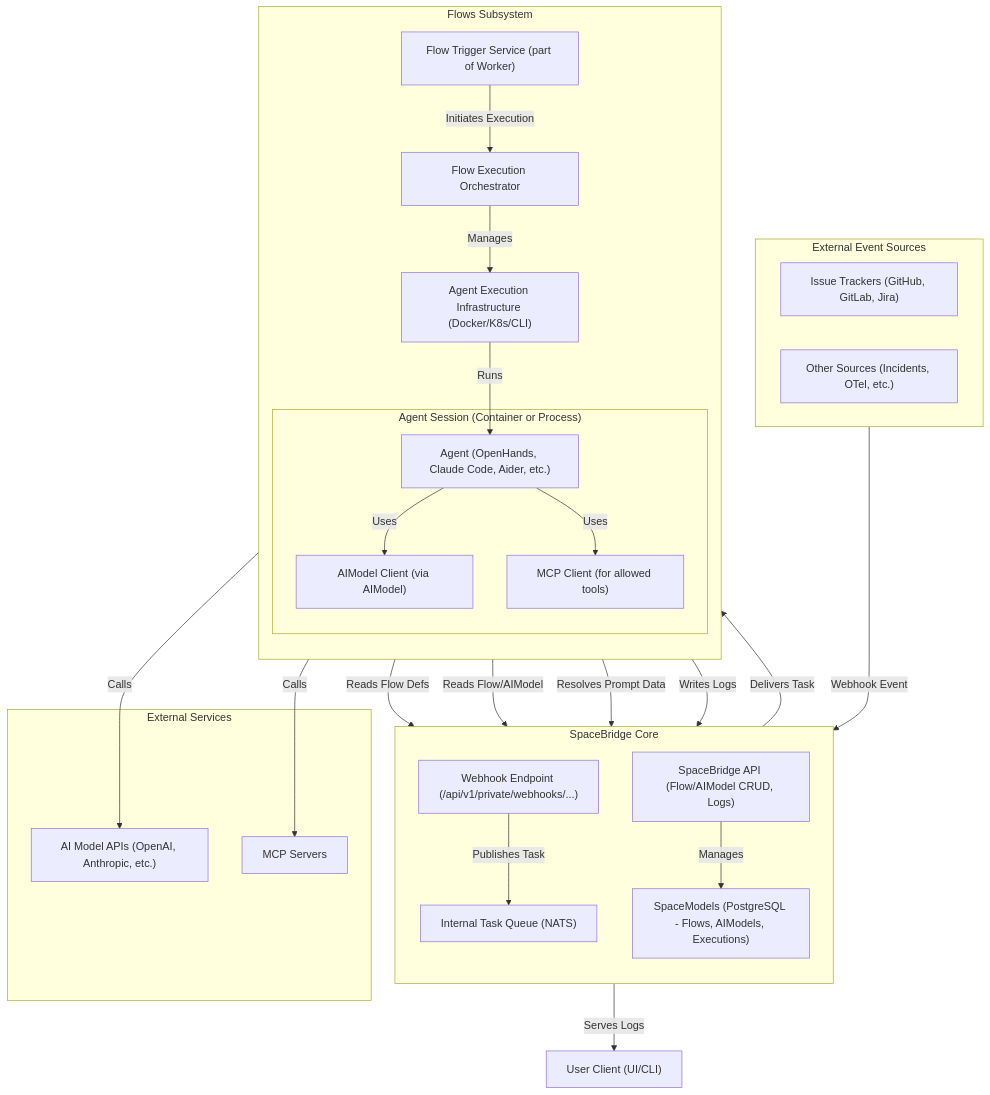
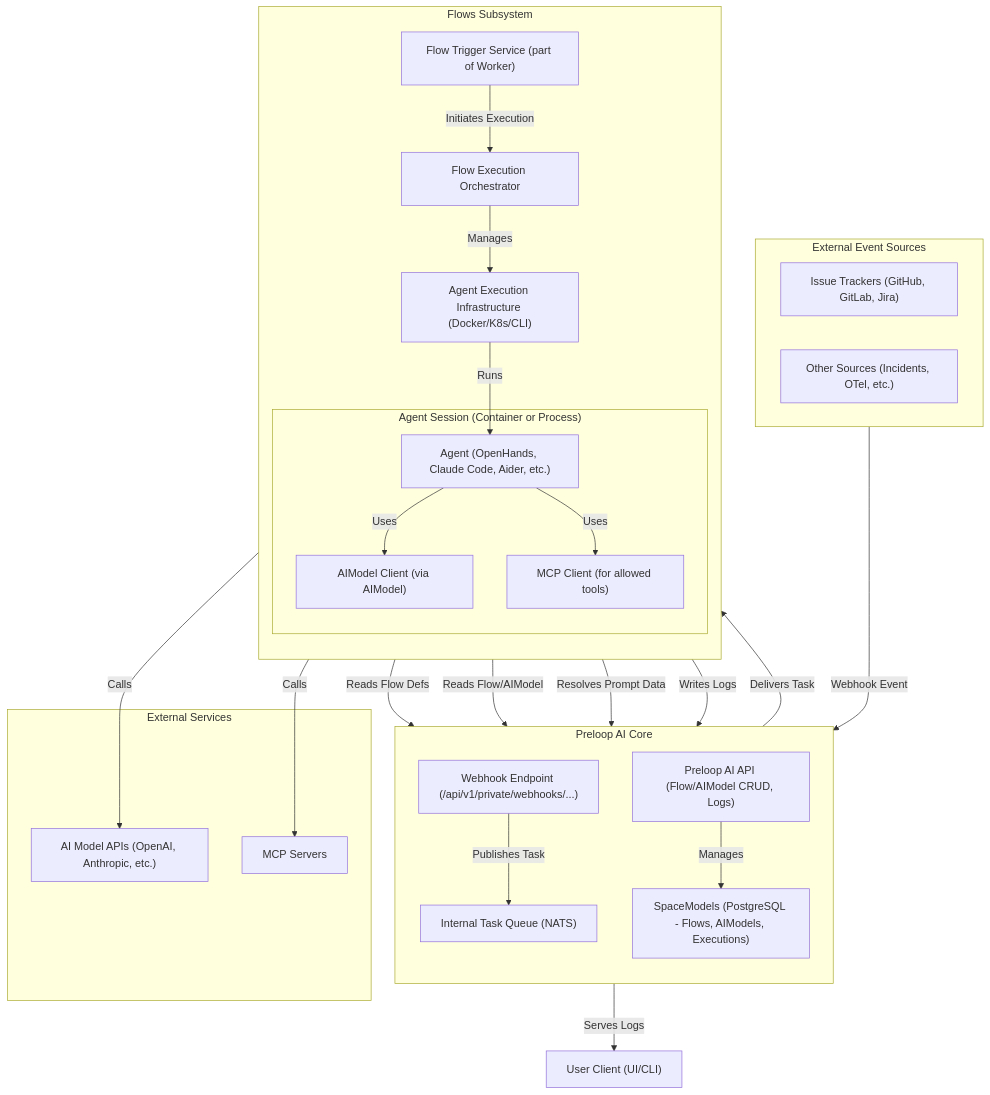
One commit to GiorgosAlexakis/preloop changed the fourth of 9 diagrams in ARCHITECTURE.md. Above: the diagram before and after it, drawn with Mermaid. The commit also changed other lines of this file and 819 other files, not shown here.

````diff
--- a/ARCHITECTURE.md
+++ b/ARCHITECTURE.md
@@ -692,51 +691,51 @@
 ```mermaid
 graph TD
     subgraph "External Event Sources"
         direction LR
         Trackers["Issue Trackers (GitHub, GitLab, Jira)"]
         OtherSources["Other Sources (Incidents, OTel, etc.)"]
     end
 
-    subgraph "SpaceBridge Core"
+    subgraph "Preloop AI Core"
         direction TB
         WebhookEndpoint["Webhook Endpoint (/api/v1/private/webhooks/...)"]
         TaskQueue["Internal Task Queue (NATS)"]
-        APIExt["SpaceBridge API (Flow/AIModel CRUD, Logs)"]
+        APIExt["Preloop AI API (Flow/AIModel CRUD, Logs)"]
         SpaceModelsDB["SpaceModels (PostgreSQL - Flows, AIModels, Executions)"]
     end
 
     subgraph "Flows Subsystem"
         direction TB
         FlowTriggerService["Flow Trigger Service (part of Worker)"]
         FlowExecOrchestrator["Flow Execution Orchestrator"]
         AgentInfra["Agent Execution Infrastructure (Docker/K8s/CLI)"]
         subgraph "Agent Session (Container or Process)"
             Agent["Agent (OpenHands, Claude Code, Aider, etc.)"]
             AIModelClient["AIModel Client (via AIModel)"]
             MCPClient["MCP Client (for allowed tools)"]
         end
     end
 
     subgraph "External Services"
         AIModelAPIs["AI Model APIs (OpenAI, Anthropic, etc.)"]
         MCPServers["MCP Servers"]
     end
 
     Trackers -- Webhook Event --> WebhookEndpoint
     WebhookEndpoint -- Publishes Task --> TaskQueue
     TaskQueue -- Delivers Task --> FlowTriggerService
     FlowTriggerService -- Reads Flow Defs --> SpaceModelsDB
     FlowTriggerService -- Initiates Execution --> FlowExecOrchestrator
     FlowExecOrchestrator -- Reads Flow/AIModel --> SpaceModelsDB
     FlowExecOrchestrator -- Resolves Prompt Data --> SpaceModelsDB
     FlowExecOrchestrator -- Manages --> AgentInfra
     AgentInfra -- Runs --> Agent
     Agent -- Uses --> AIModelClient
     AIModelClient -- Calls --> AIModelAPIs
     Agent -- Uses --> MCPClient
     MCPClient -- Calls --> MCPServers
     FlowExecOrchestrator -- Writes Logs --> SpaceModelsDB
     APIExt -- Manages --> SpaceModelsDB
     APIExt -- Serves Logs --> UserClient["User Client (UI/CLI)"]
 
 ```
````
